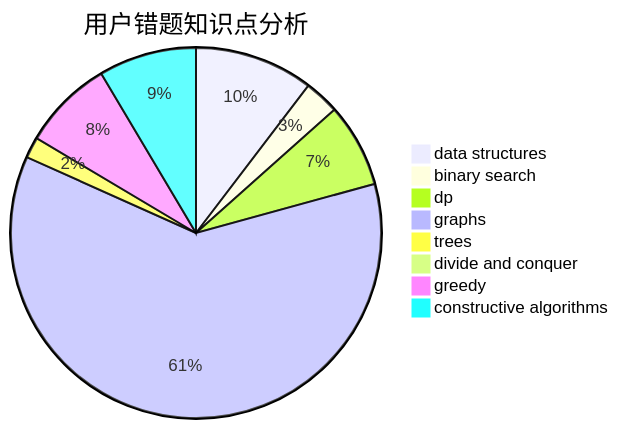
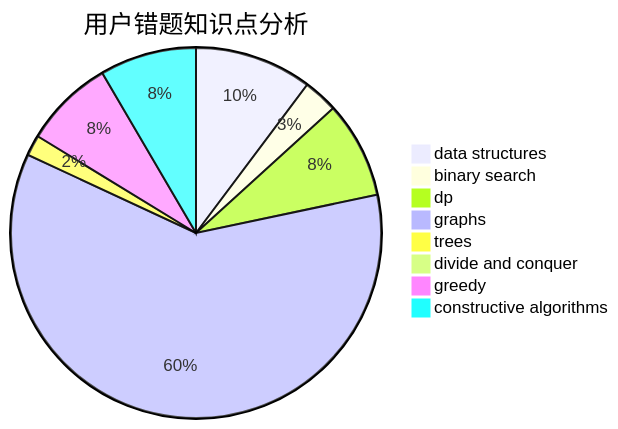
One commit to sherpahu/cfrs.github.io changed the third of 3 diagrams in docs/user/u1391.md. Above: the diagram before and after it, drawn with Mermaid. The commit also changed other lines of this file and 2770 other files, not shown here.

````diff
--- a/docs/user/u1391.md
+++ b/docs/user/u1391.md
@@ -36,11 +36,11 @@
 ```mermaid
 pie title 用户错题知识点分析
     "data structures" :  17
     "binary search" :  5
-    "dp" :  12
+    "dp" :  14
     "graphs" :  100
     "trees" :  3
     "divide and conquer" :  0
     "greedy" :  13
     "constructive algorithms" :  14
 ```
````
